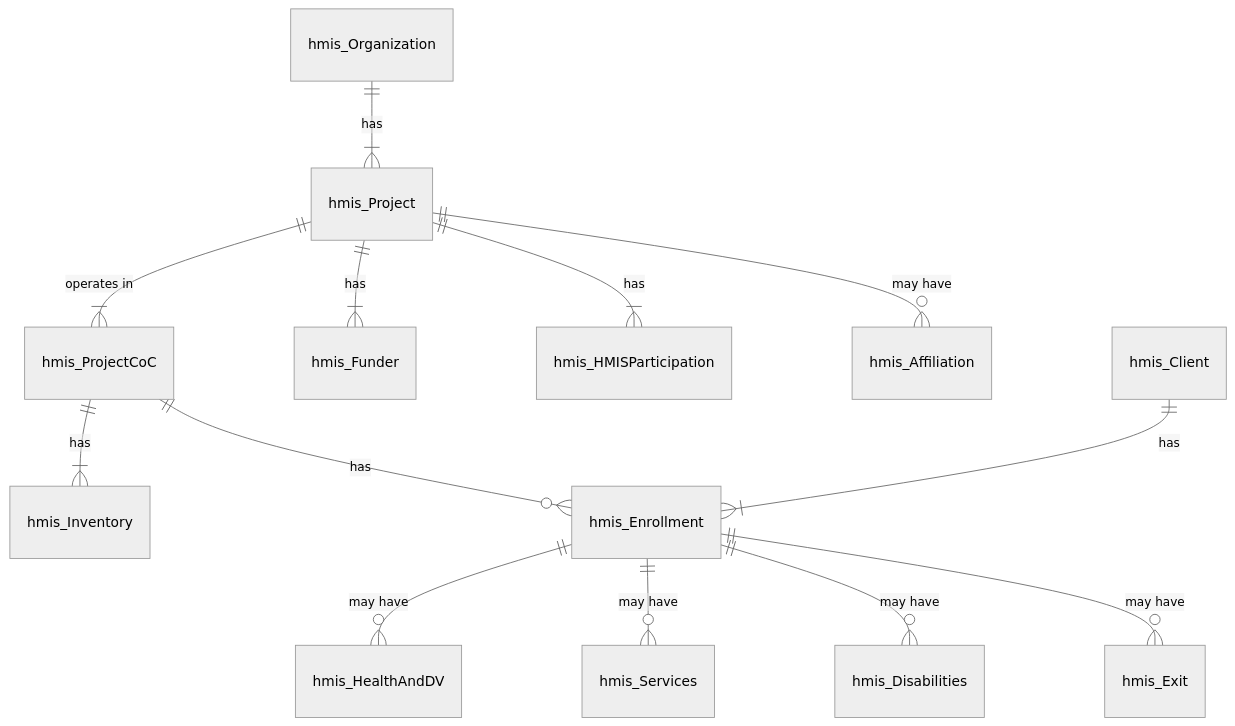
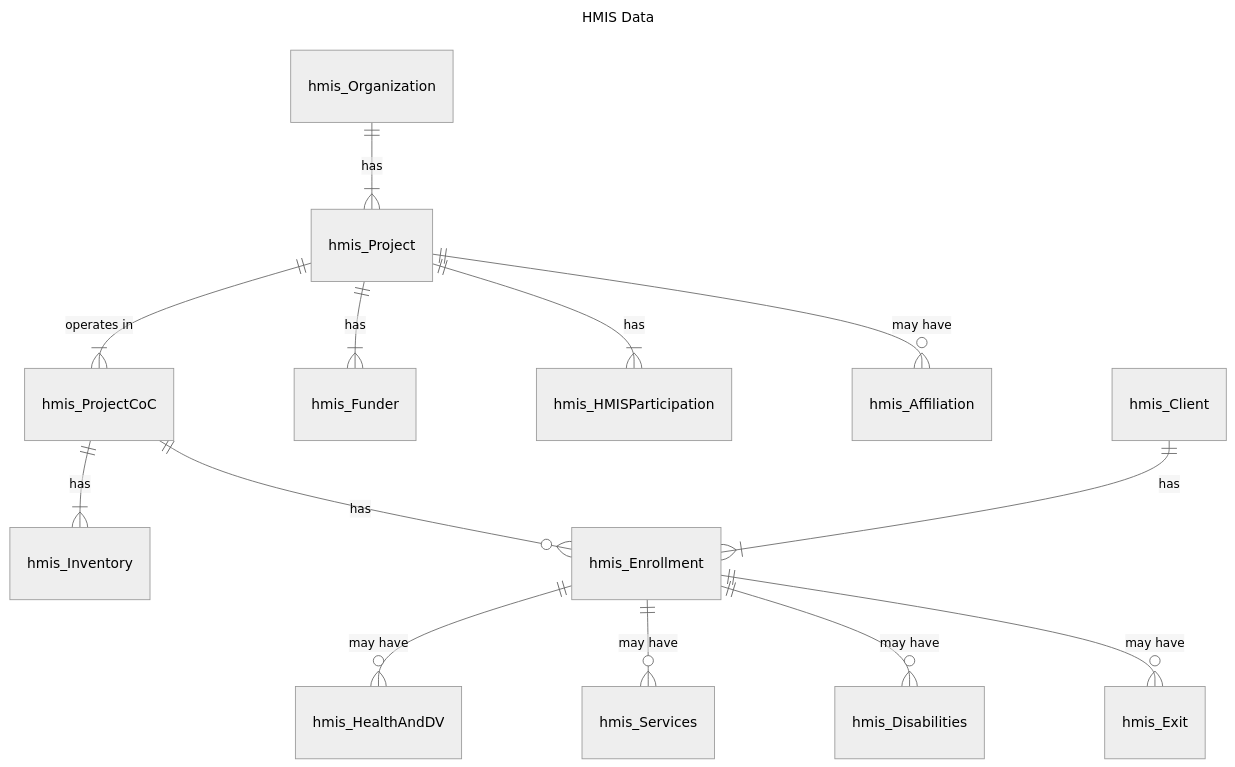
The first of 5 diagrams in 03 - Core Concepts and Data Universe.md (MollyMcEvilley/Matilda), drawn with Mermaid (neutral theme) before and after one commit. The commit also changed other lines of this file and 108 other files, not shown here.

````diff
--- a/03 - Core Concepts and Data Universe.md
+++ b/03 - Core Concepts and Data Universe.md
@@ -12,15 +7,20 @@
-```mermaid
+``` mermaid
+---
+title: HMIS Data
+---
+
 erDiagram
     hmis_Organization ||--|{ hmis_Project : has
     hmis_Project ||--|{ hmis_ProjectCoC : "operates in"
     hmis_Project ||--|{ hmis_Funder : has
     hmis_Project ||--|{ hmis_HMISParticipation : has
     hmis_Project ||--o{ hmis_Affiliation : "may have"
     hmis_ProjectCoC ||--|{ hmis_Inventory : has
     hmis_ProjectCoC ||--o{ hmis_Enrollment : has
     hmis_Client ||--|{ hmis_Enrollment : has
     hmis_Enrollment ||--o{ hmis_HealthAndDV : "may have"
     hmis_Enrollment ||--o{ hmis_Services : "may have"
     hmis_Enrollment ||--o{ hmis_Disabilities : "may have"
     hmis_Enrollment ||--o{ hmis_Exit : "may have"
+
 ```
````
